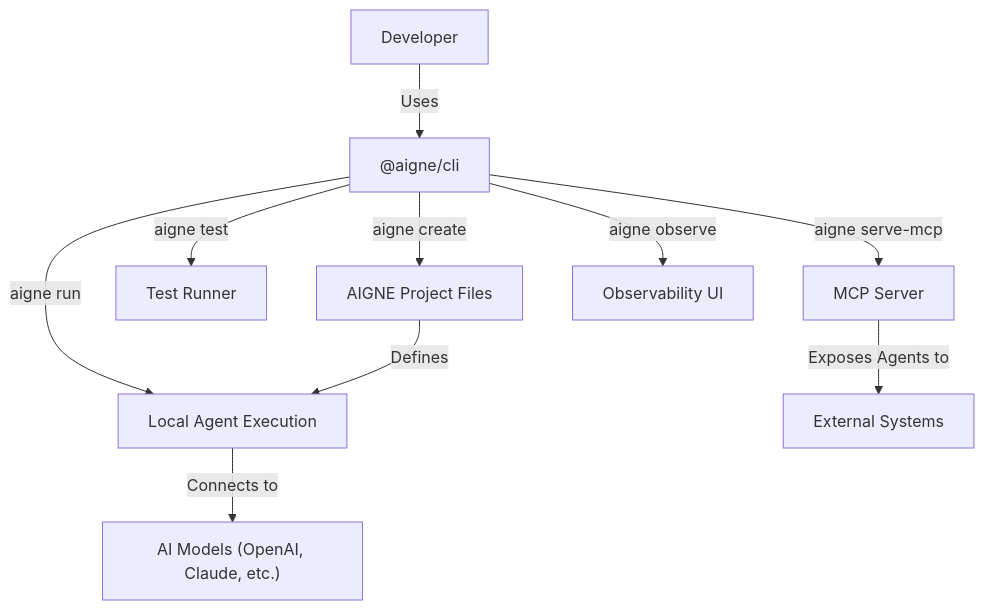
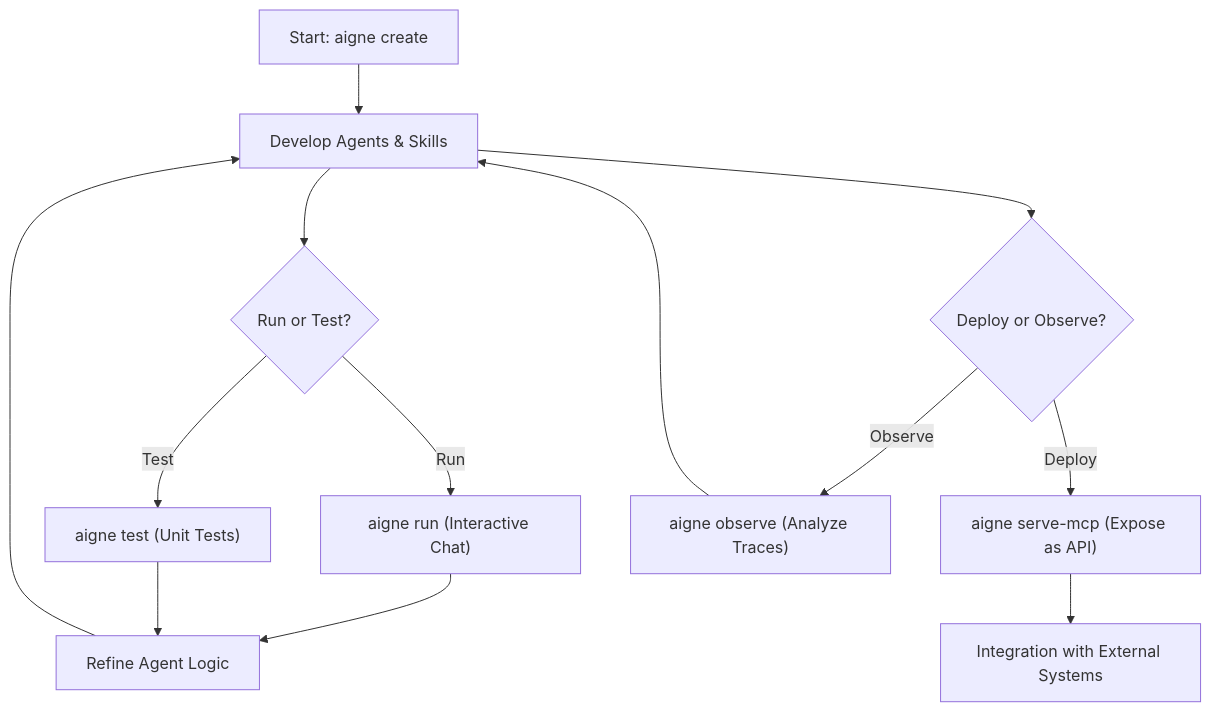
The diagram in packages/cli/docs/overview.md (AIGNE-io/aigne-framework), drawn with Mermaid before and after one commit. The commit also changed other lines of this file and 27 other files, not shown here.

````diff
--- a/packages/cli/docs/overview.md
+++ b/packages/cli/docs/overview.md
@@ -32,12 +17,15 @@
 ```mermaid
-graph TD
-    A["Developer"] -- "Uses" --> B["@aigne/cli"];
-    B -- "aigne create" --> C["AIGNE Project Files"];
-    B -- "aigne run" --> D["Local Agent Execution"];
-    B -- "aigne test" --> E["Test Runner"];
-    B -- "aigne serve-mcp" --> F["MCP Server"];
-    B -- "aigne observe" --> G["Observability UI"];
-    C -- "Defines" --> D;
-    D -- "Connects to" --> H["AI Models (OpenAI, Claude, etc.)"];
-    F -- "Exposes Agents to" --> I["External Systems"];
+flowchart TD
+    A["Start: aigne create"] --> B["Develop Agents & Skills"];
+    B --> C{"Run or Test?"};
+    C -- "Run" --> D["aigne run (Interactive Chat)"];
+    C -- "Test" --> E["aigne test (Unit Tests)"];
+    D --> F["Refine Agent Logic"];
+    E --> F;
+    F --> B;
+    B --> G{"Deploy or Observe?"};
+    G -- "Deploy" --> H["aigne serve-mcp (Expose as API)"];
+    G -- "Observe" --> I["aigne observe (Analyze Traces)"];
+    H --> J["Integration with External Systems"];
+    I --> B;
 ```
````
